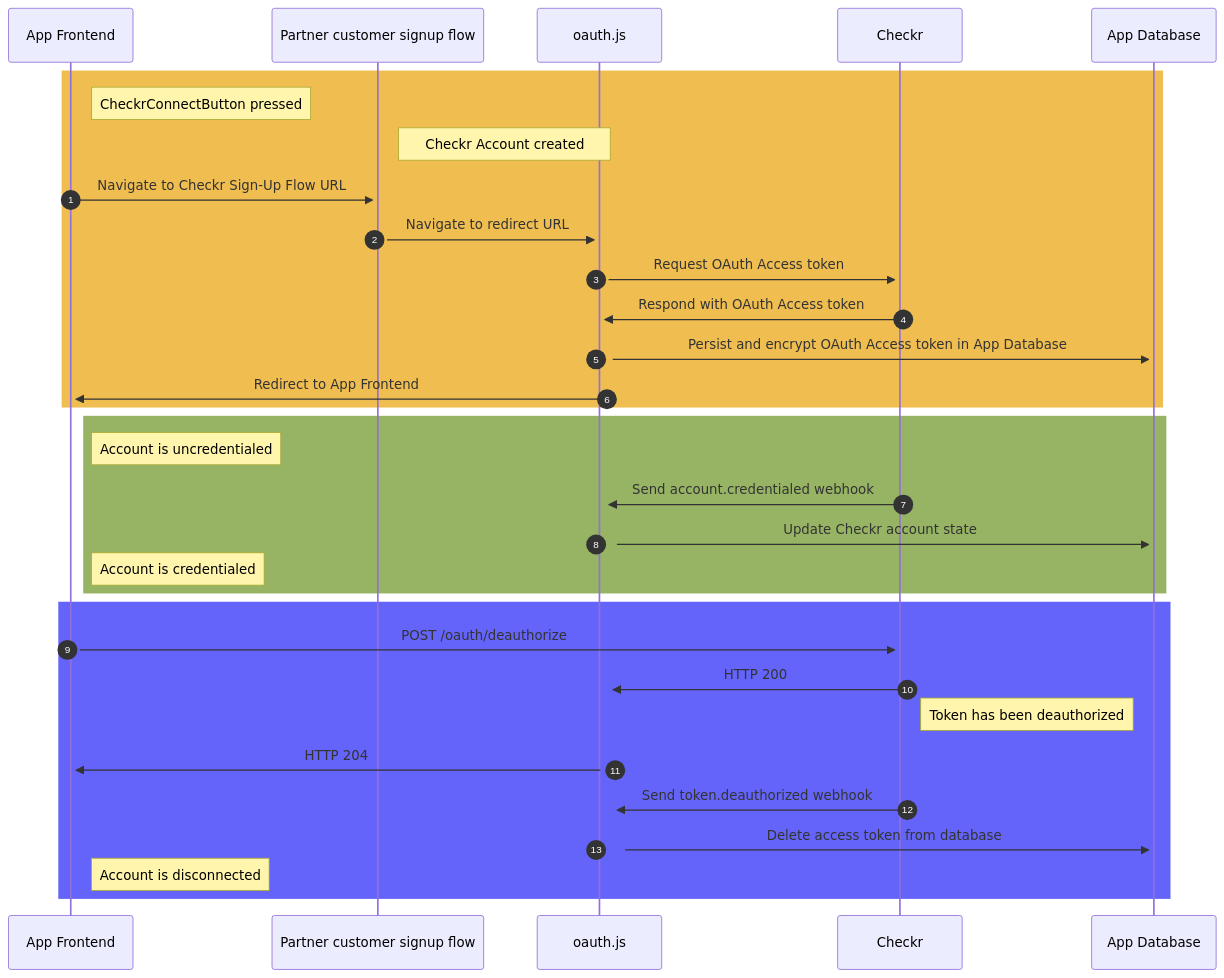
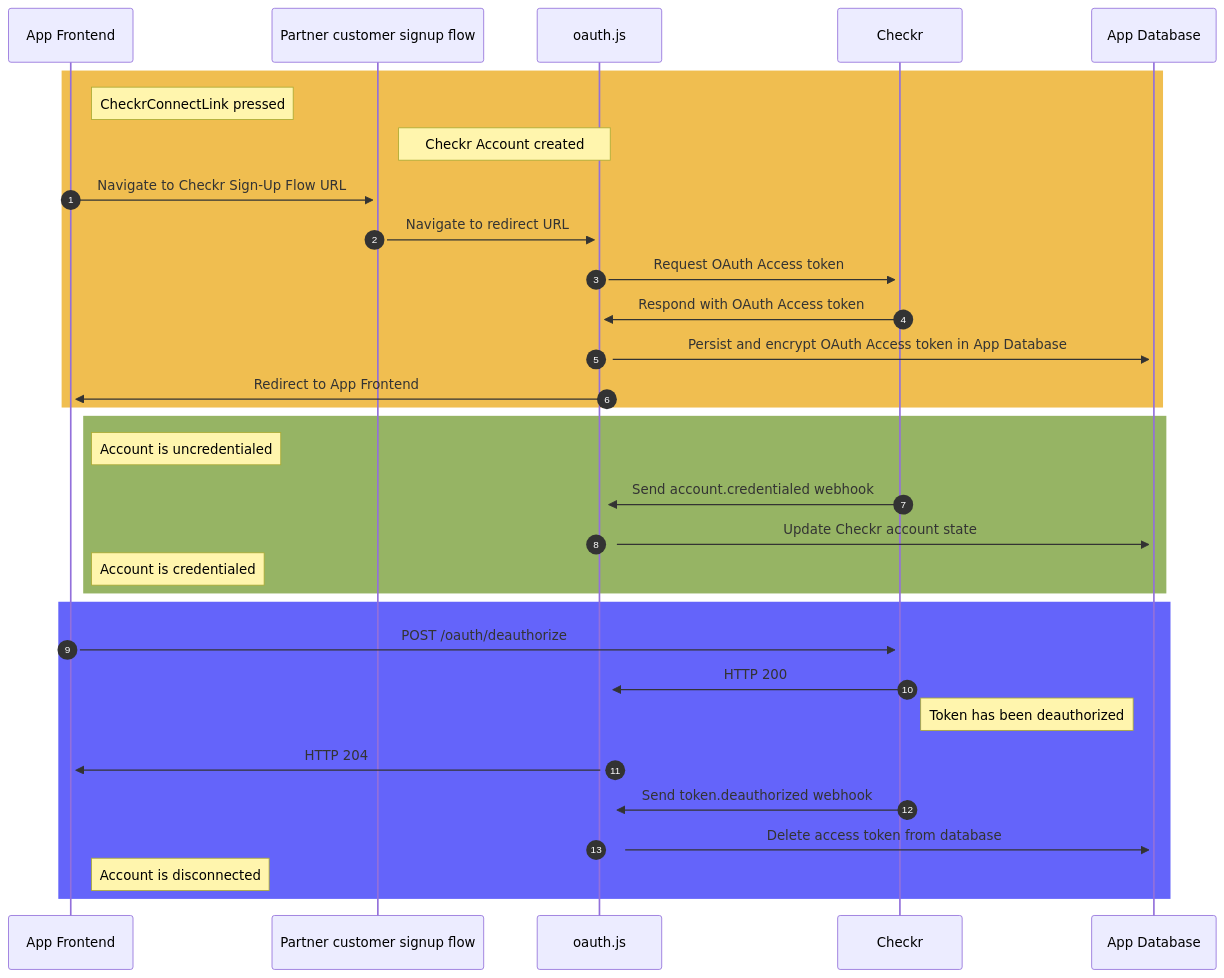
One commit to checkr/oauth-reference-integration changed the diagram in README.md. Above: the diagram before and after it, drawn with Mermaid. The commit also changed other lines of this file and 5 other files, not shown here.

Commit message:
Update CheckrConnectLink docco doc

````diff
--- a/README.md
+++ b/README.md
@@ -59,31 +59,31 @@
 ```mermaid
 sequenceDiagram
   autonumber
 
   rect rgb(240, 190, 80)
-    Note right of App Frontend: CheckrConnectButton pressed
+    Note right of App Frontend: CheckrConnectLink pressed
     Note right of Partner customer signup flow: Checkr Account created
 
     App Frontend->>+Partner customer signup flow: Navigate to Checkr Sign-Up Flow URL
     Partner customer signup flow->>+oauth.js: Navigate to redirect URL
     oauth.js->>+Checkr: Request OAuth Access token
     Checkr->>+oauth.js: Respond with OAuth Access token
     oauth.js->>+App Database: Persist and encrypt OAuth Access token in App Database
     oauth.js->>+App Frontend: Redirect to App Frontend
   end
   rect rgb(150, 180, 100)
     Note right of App Frontend: Account is uncredentialed
     Checkr->>+oauth.js: Send account.credentialed webhook
     oauth.js->>+App Database: Update Checkr account state
     Note right of App Frontend: Account is credentialed
   end
   rect rgb(100, 100, 250)
     App Frontend->>+Checkr: POST /oauth/deauthorize
     Checkr->>+oauth.js: HTTP 200
     Note right of Checkr: Token has been deauthorized
     oauth.js->>+App Frontend: HTTP 204
     Checkr->>+oauth.js: Send token.deauthorized webhook
     oauth.js->>+App Database: Delete access token from database
     Note right of App Frontend: Account is disconnected
   end
 ```
````
